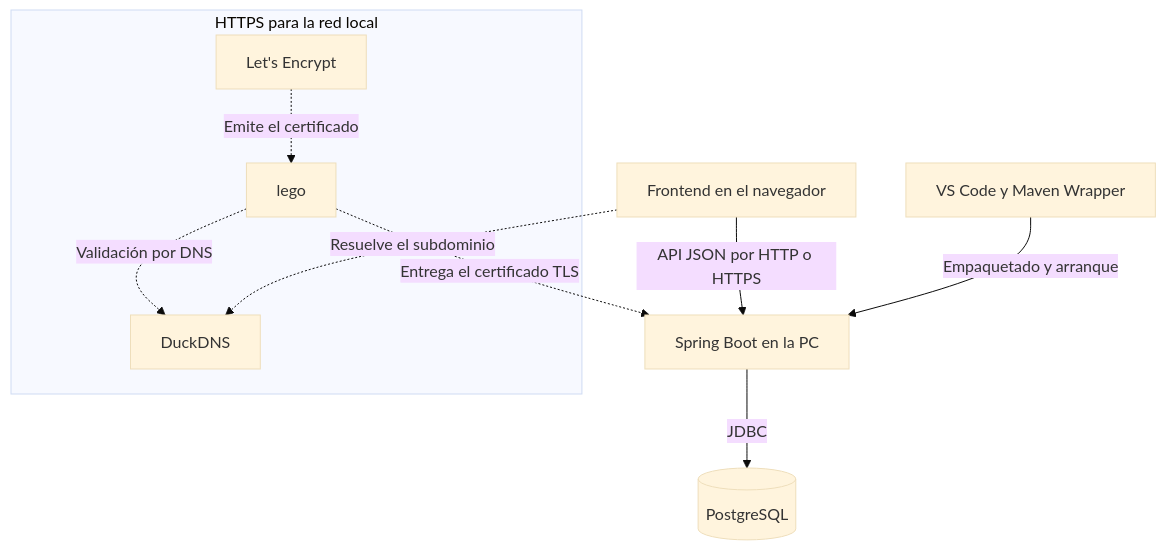
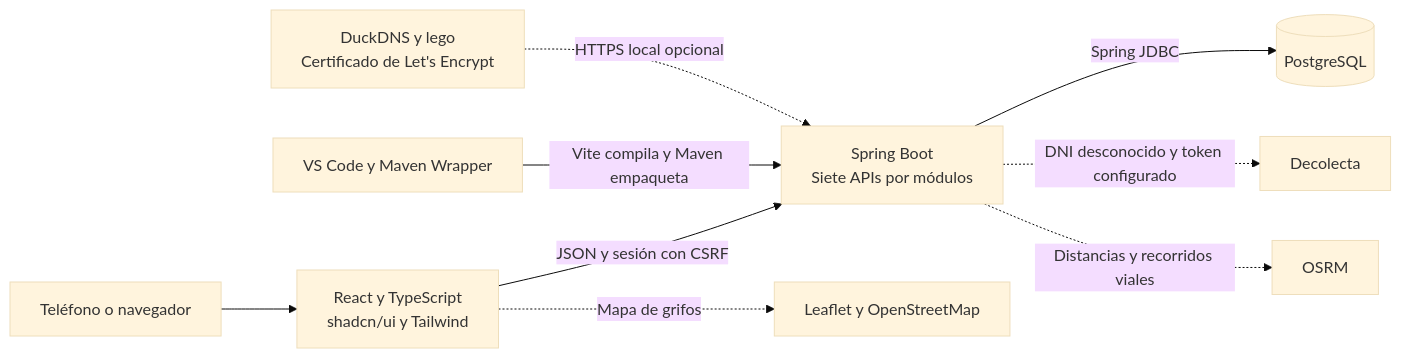
The diagram in README.md (alexisgg11/services_vales), drawn with Mermaid (base theme) before and after one commit. The commit also changed other lines of this file and 368 other files, not shown here.

````diff
--- a/README.md
+++ b/README.md
@@ -18,17 +79,11 @@
 ```mermaid
-flowchart TD
-    frontend["Frontend en el navegador"] -->|"API JSON por HTTP o HTTPS"| backend["Spring Boot en la PC"]
-    build["VS Code y Maven Wrapper"] -->|"Empaquetado y arranque"| backend
-    backend -->|"JDBC"| database[("PostgreSQL")]
-
-    subgraph https["HTTPS para la red local"]
-        duckdns["DuckDNS"]
-        letsEncrypt["Let's Encrypt"]
-        lego["lego"]
-        letsEncrypt -.->|"Emite el certificado"| lego
-        lego -.->|"Validación por DNS"| duckdns
-    end
-
-    frontend -.->|"Resuelve el subdominio"| duckdns
-    lego -.->|"Entrega el certificado TLS"| backend
+flowchart LR
+    phone["Teléfono o navegador"] --> web["React y TypeScript<br/>shadcn/ui y Tailwind"]
+    web -->|"JSON y sesión con CSRF"| api["Spring Boot<br/>Siete APIs por módulos"]
+    api -->|"Spring JDBC"| db[("PostgreSQL")]
+    api -.->|"DNI desconocido y token configurado"| dni["Decolecta"]
+    api -.->|"Distancias y recorridos viales"| osrm["OSRM"]
+    web -.->|"Mapa de grifos"| map["Leaflet y OpenStreetMap"]
+    tools["VS Code y Maven Wrapper"] -->|"Vite compila y Maven empaqueta"| api
+    dns["DuckDNS y lego<br/>Certificado de Let's Encrypt"] -.->|"HTTPS local opcional"| api
 ```
````
